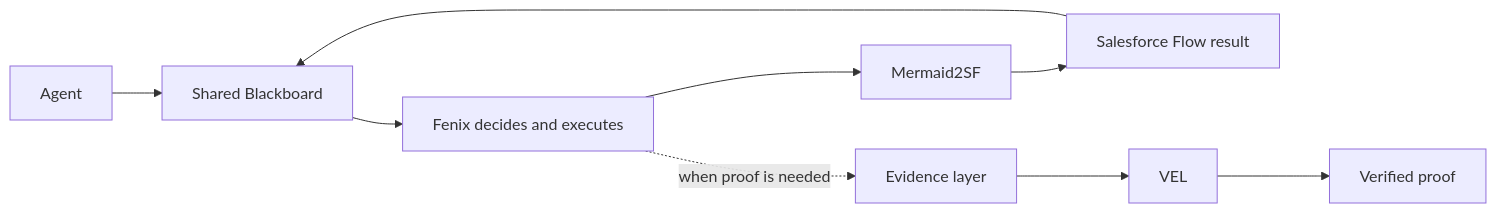
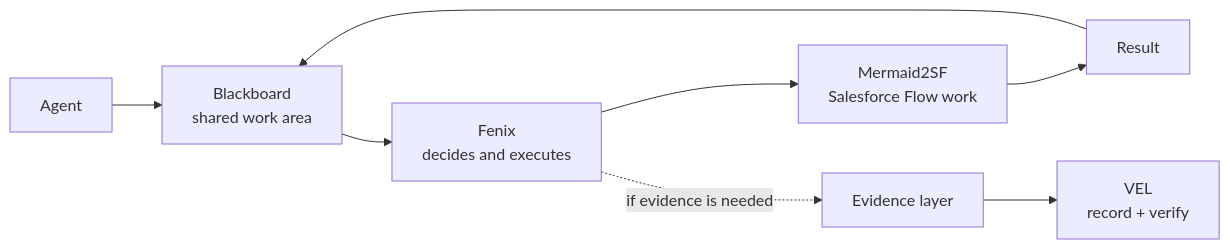
One commit to krukmat/fenix changed the third of 6 diagrams in README.md. Above: the diagram before and after it, drawn with Mermaid. The commit also changed other lines of this file, not shown here.

````diff
--- a/README.md
+++ b/README.md
@@ -254,12 +257,11 @@
 ```mermaid
 flowchart LR
-    A[Agent] --> B[Shared Blackboard]
-    B --> F[Fenix decides and executes]
-    F --> M[Mermaid2SF]
-    M --> R[Salesforce Flow result]
+    A[Agent] --> B[Blackboard<br/>shared work area]
+    B --> F[Fenix<br/>decides and executes]
+    F --> M[Mermaid2SF<br/>Salesforce Flow work]
+    M --> R[Result]
     R --> B
 
-    F -. when proof is needed .-> E[Evidence layer]
-    E --> V[VEL]
-    V --> P[Verified proof]
+    F -. if evidence is needed .-> E[Evidence layer]
+    E --> V[VEL<br/>record + verify]
 ```
````
